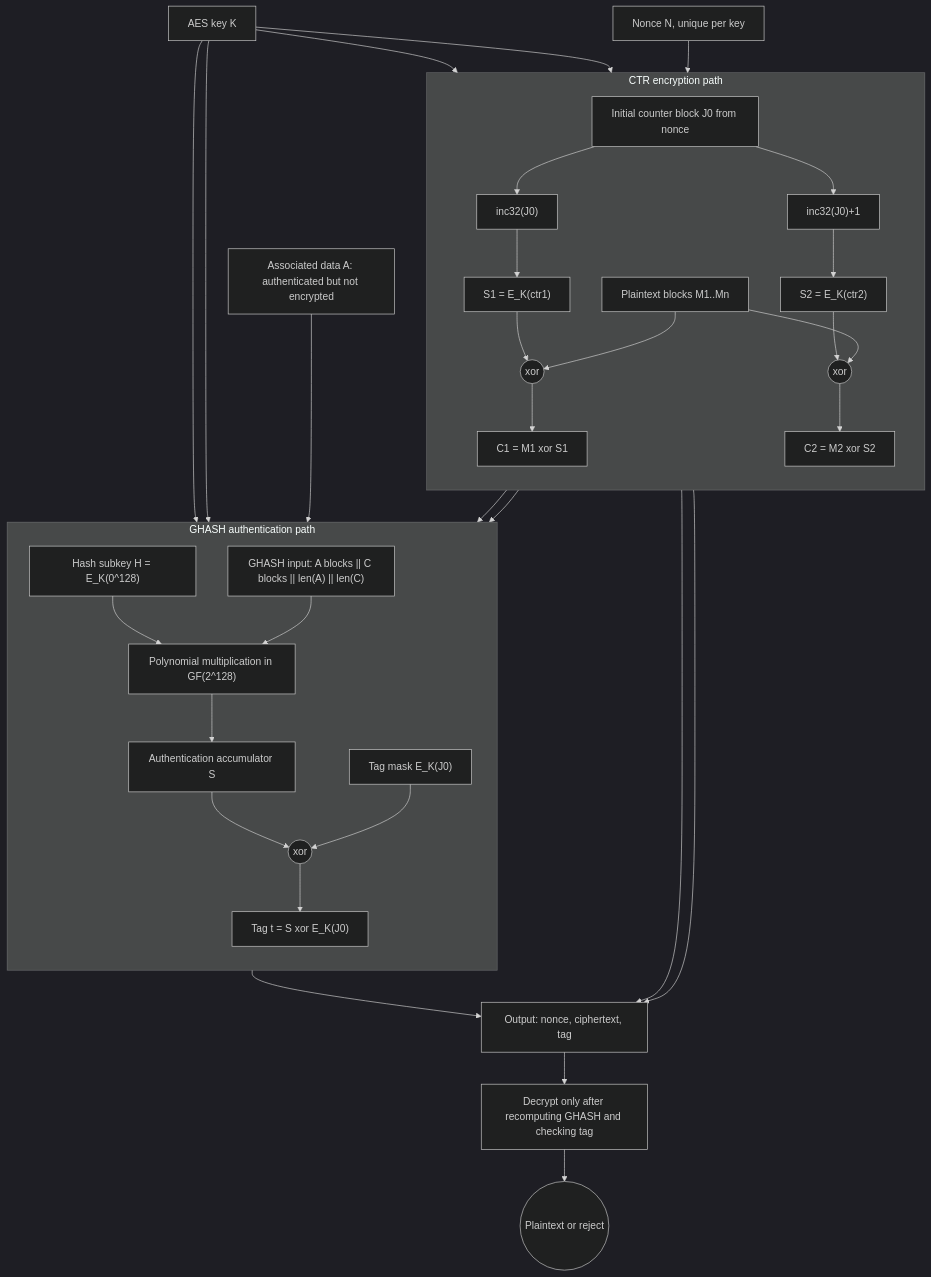
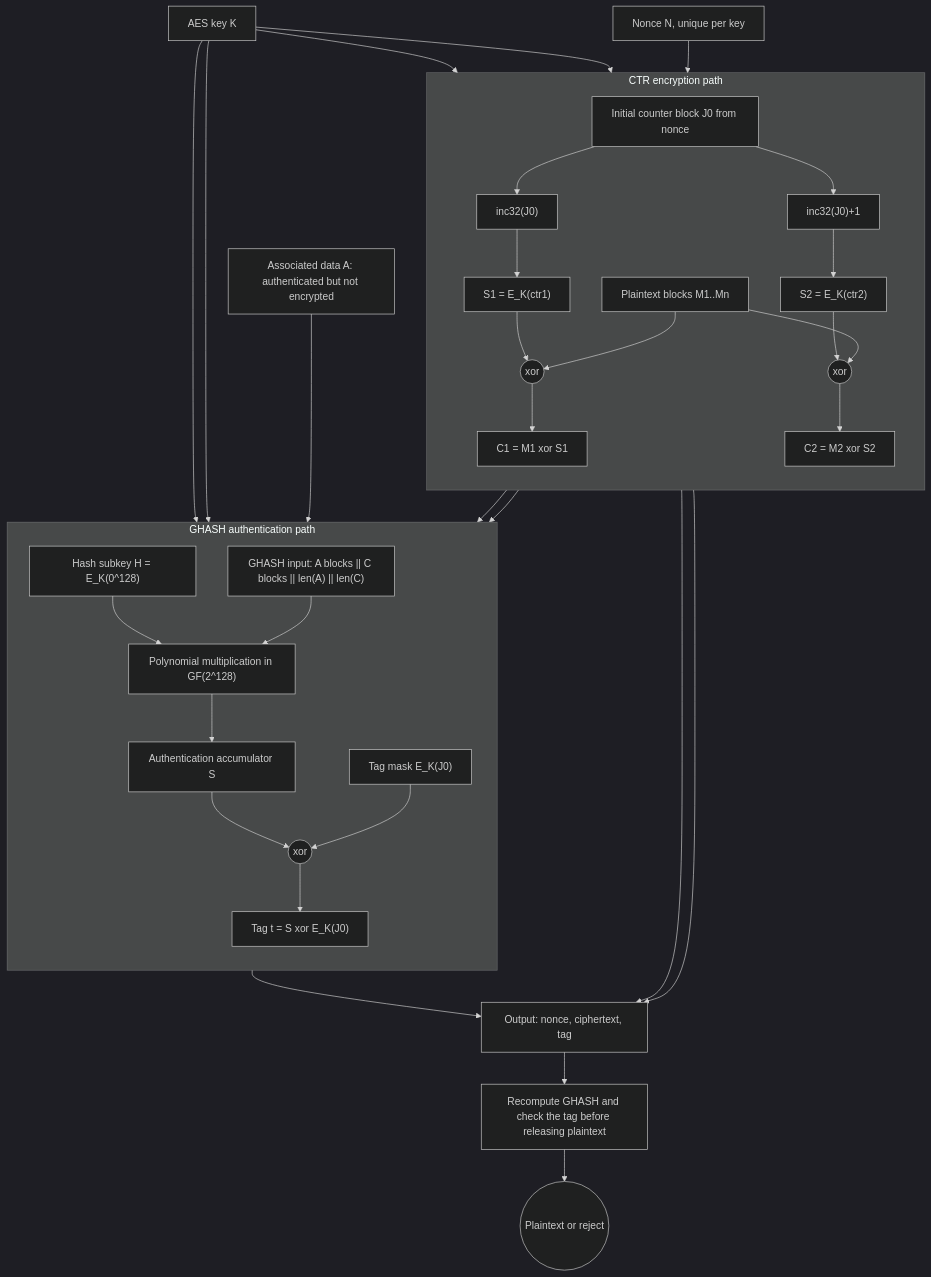
The diagram in docs/cs/cryptography/authenticated-encryption-gcm.md (justinbrianhwang/SJ-wiki), drawn with Mermaid (dark theme) before and after one commit. The commit also changed other lines of this file and 955 other files, not shown here.

````diff
--- a/docs/cs/cryptography/authenticated-encryption-gcm.md
+++ b/docs/cs/cryptography/authenticated-encryption-gcm.md
@@ -67,53 +62,53 @@
 ```mermaid
 flowchart TB
   K["AES key K"]
   N["Nonce N, unique per key"]
   A["Associated data A: authenticated but not encrypted"]
   M["Plaintext blocks M1..Mn"]
 
   subgraph CTR["CTR encryption path"]
     direction TB
     J0["Initial counter block J0 from nonce"]
     Ctr1["inc32(J0)"]
     Ctr2["inc32(J0)+1"]
     S1["S1 = E_K(ctr1)"]
     S2["S2 = E_K(ctr2)"]
     Xor1(("xor"))
     Xor2(("xor"))
     C1["C1 = M1 xor S1"]
     C2["C2 = M2 xor S2"]
     J0 --> Ctr1 --> S1 --> Xor1 --> C1
     J0 --> Ctr2 --> S2 --> Xor2 --> C2
     M --> Xor1
     M --> Xor2
   end
 
   subgraph Auth["GHASH authentication path"]
     direction TB
     H["Hash subkey H = E_K(0^128)"]
     Blocks["GHASH input: A blocks || C blocks || len(A) || len(C)"]
     Mul["Polynomial multiplication in GF(2^128)"]
     S["Authentication accumulator S"]
     Mask["Tag mask E_K(J0)"]
     TagXor(("xor"))
     T["Tag t = S xor E_K(J0)"]
     H --> Mul
     Blocks --> Mul --> S --> TagXor --> T
     Mask --> TagXor
   end
 
   K --> H
   K --> S1
   K --> S2
   K --> Mask
   N --> J0
   A --> Blocks
   C1 --> Blocks
   C2 --> Blocks
   C1 --> Out["Output: nonce, ciphertext, tag"]
   C2 --> Out
   T --> Out
 
-  Out --> Verify["Decrypt only after recomputing GHASH and checking tag"]
+  Out --> Verify["Recompute GHASH and check the tag before releasing plaintext"]
   Verify --> Plain(("Plaintext or reject"))
 ```
````
